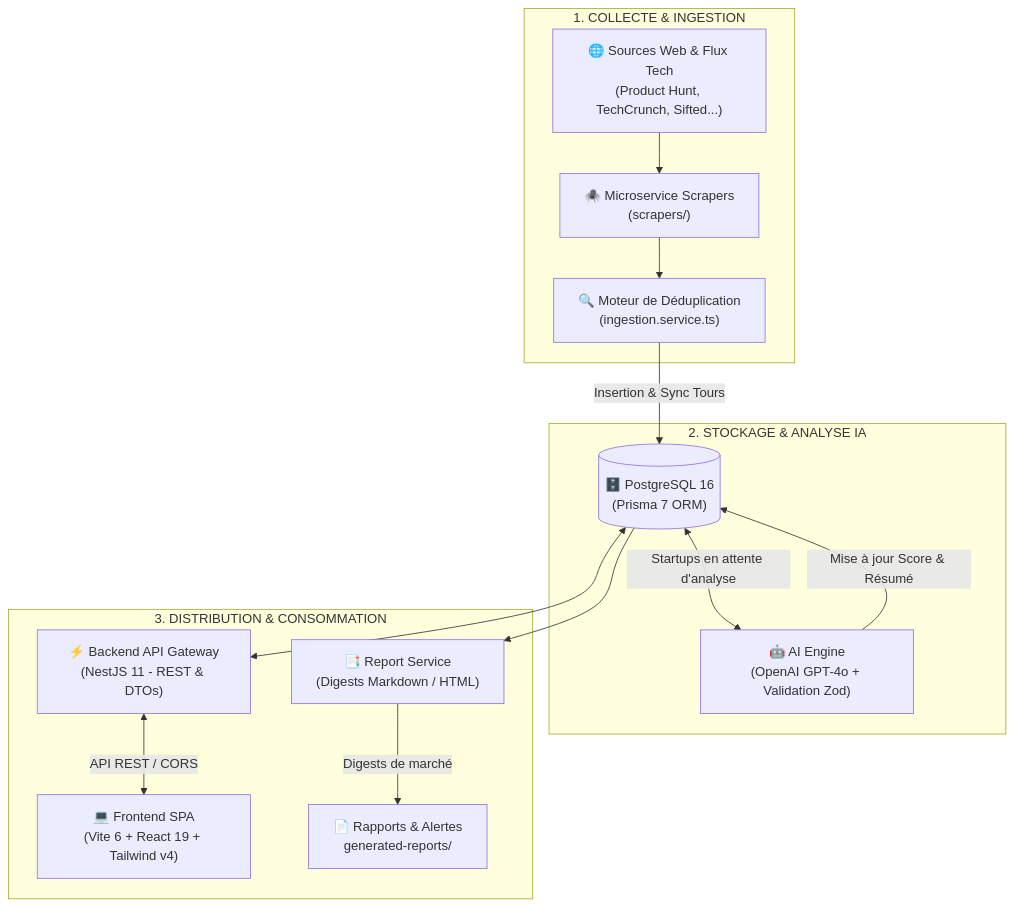
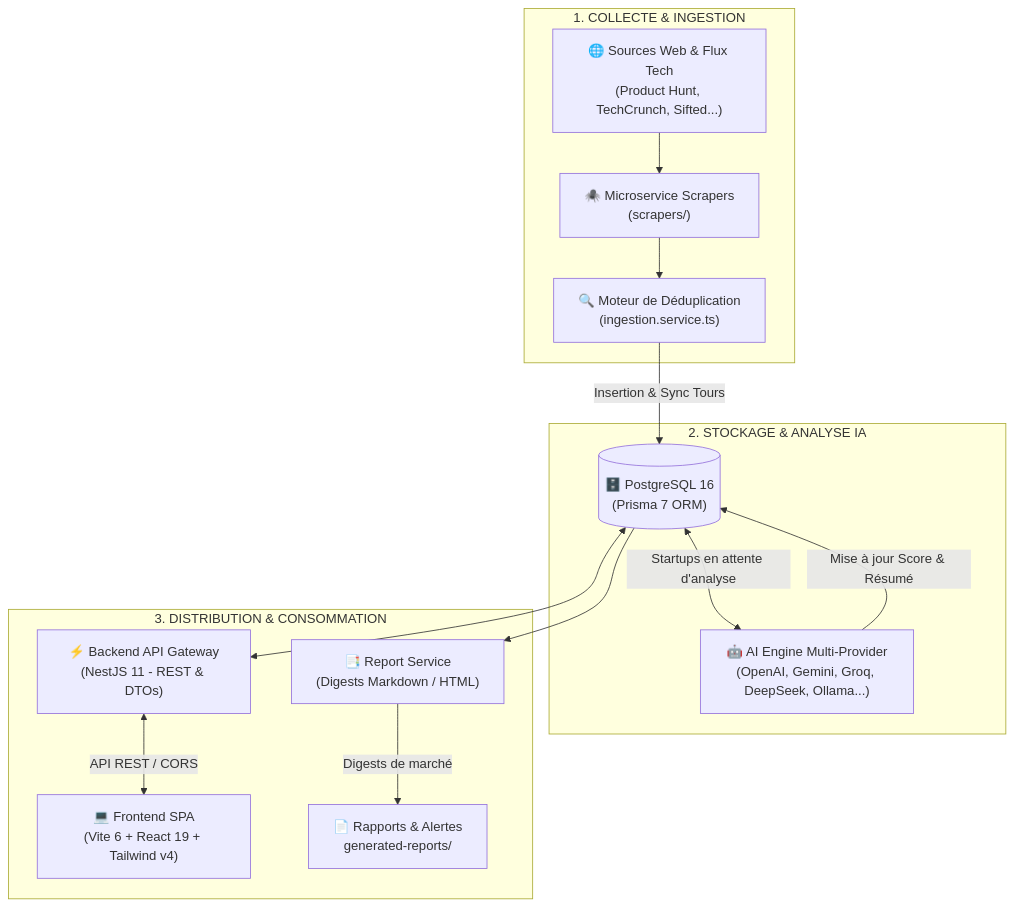
The diagram in README.md (YozenPixel/StartUp-radar), drawn with Mermaid before and after one commit. The commit also changed other lines of this file, not shown here.

Commit message:
docs: update README with universal AI key support, healthcheck and architecture details

````diff
--- a/README.md
+++ b/README.md
@@ -25,29 +25,29 @@
 ```mermaid
 flowchart TD
     subgraph 1. COLLECTE & INGESTION
         Sources["🌐 Sources Web & Flux Tech\n(Product Hunt, TechCrunch, Sifted...)"]
         ScraperModule["🕷️ Microservice Scrapers\n(scrapers/)"]
         Deduplication["🔍 Moteur de Déduplication\n(ingestion.service.ts)"]
         Sources --> ScraperModule
         ScraperModule --> Deduplication
     end
 
     subgraph 2. STOCKAGE & ANALYSE IA
         Postgres[("🗄️ PostgreSQL 16\n(Prisma 7 ORM)")]
-        AIEngine["🤖 AI Engine\n(OpenAI GPT-4o + Validation Zod)"]
+        AIEngine["🤖 AI Engine Multi-Provider\n(OpenAI, Gemini, Groq, DeepSeek, Ollama...)"]
         Deduplication -->|Insertion & Sync Tours| Postgres
         Postgres <-->|Startups en attente d'analyse| AIEngine
         AIEngine -->|Mise à jour Score & Résumé| Postgres
     end
 
     subgraph 3. DISTRIBUTION & CONSOMMATION
         Backend["⚡ Backend API Gateway\n(NestJS 11 - REST & DTOs)"]
         Frontend["💻 Frontend SPA\n(Vite 6 + React 19 + Tailwind v4)"]
         ReportService["📑 Report Service\n(Digests Markdown / HTML)"]
         
         Postgres <--> Backend
         Backend <-->|API REST / CORS| Frontend
         Postgres --> ReportService
         ReportService -->|Digests de marché| Exports["📄 Rapports & Alertes\ngenerated-reports/"]
     end
 ```
````
